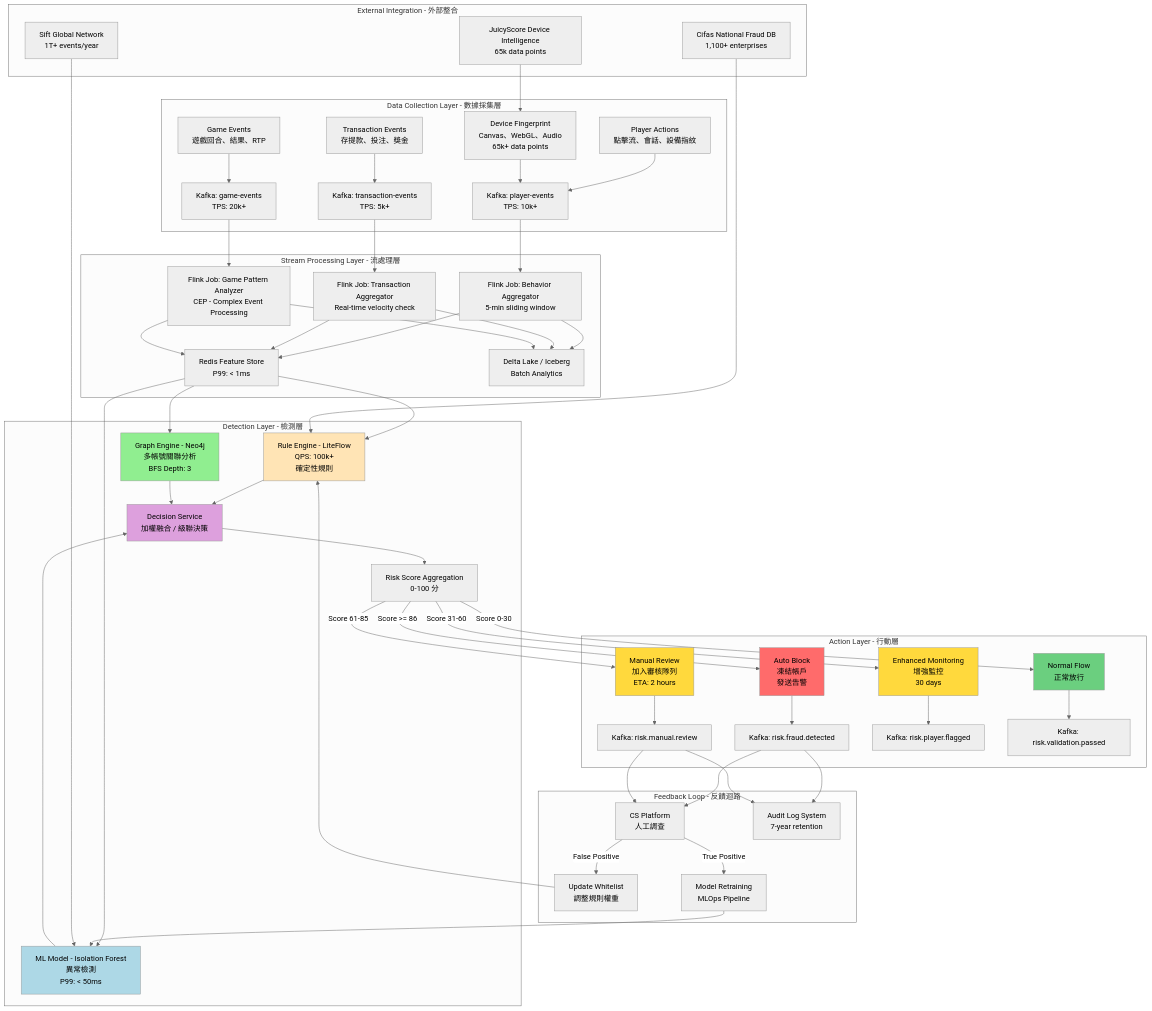
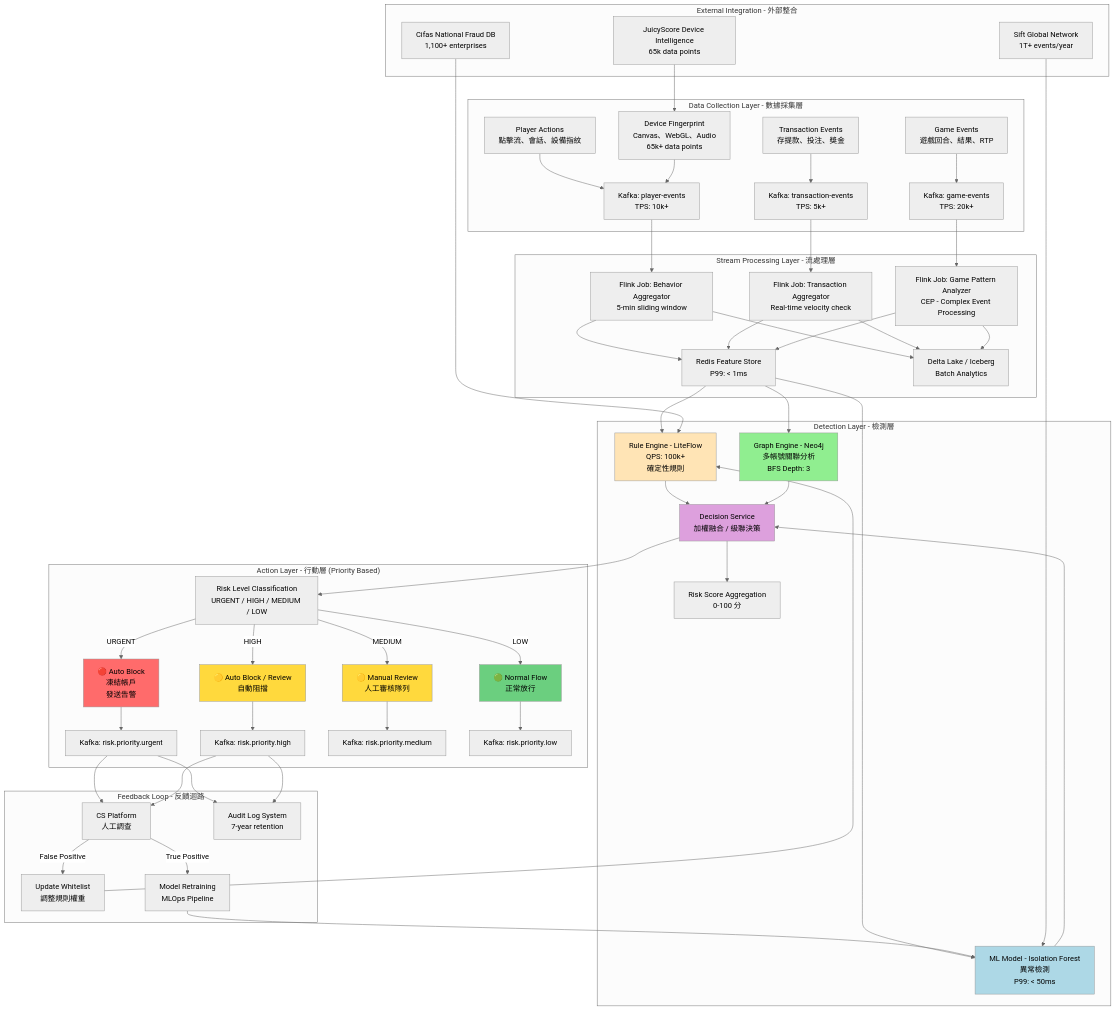
Before and after one commit to ron03wlb/smart-admin: the first of 6 diagrams in docs/iGaming/04_Risk_Control/04-01_Risk_Framework.md, drawn with Mermaid (neutral theme). The commit also changed other lines of this file and 12 other files, not shown here.

Commit message:
docs(iGaming): update risk control, architecture docs and add validation scripts

````diff
--- a/docs/iGaming/04_Risk_Control/04-01_Risk_Framework.md
+++ b/docs/iGaming/04_Risk_Control/04-01_Risk_Framework.md
@@ -34,76 +34,78 @@
 ```mermaid
 graph TB
     subgraph "Data Collection Layer - 數據採集層"
         A1["Player Actions<br/>點擊流、會話、設備指紋"] --> K1["Kafka: player-events<br/>TPS: 10k+"]
         A2["Transaction Events<br/>存提款、投注、獎金"] --> K2["Kafka: transaction-events<br/>TPS: 5k+"]
         A3["Game Events<br/>遊戲回合、結果、RTP"] --> K3["Kafka: game-events<br/>TPS: 20k+"]
         A4["Device Fingerprint<br/>Canvas、WebGL、Audio<br/>65k+ data points"] --> K1
     end
 
     subgraph "Stream Processing Layer - 流處理層"
         K1 --> F1["Flink Job: Behavior Aggregator<br/>5-min sliding window"]
         K2 --> F2["Flink Job: Transaction Aggregator<br/>Real-time velocity check"]
         K3 --> F3["Flink Job: Game Pattern Analyzer<br/>CEP - Complex Event Processing"]
 
         F1 --> R1["Redis Feature Store<br/>P99: < 1ms"]
         F2 --> R1
         F3 --> R1
 
         F1 --> DL["Delta Lake / Iceberg<br/>Batch Analytics"]
         F2 --> DL
         F3 --> DL
     end
 
     subgraph "Detection Layer - 檢測層"
         R1 --> E1["Rule Engine - LiteFlow<br/>QPS: 100k+<br/>確定性規則"]
         R1 --> E2["ML Model - Isolation Forest<br/>異常檢測<br/>P99: < 50ms"]
         R1 --> E3["Graph Engine - Neo4j<br/>多帳號關聯分析<br/>BFS Depth: 3"]
 
         E1 --> D["Decision Service<br/>加權融合 / 級聯決策"]
         E2 --> D
         E3 --> D
 
         D --> SCORE["Risk Score Aggregation<br/>0-100 分"]
     end
 
-    subgraph "Action Layer - 行動層"
-        SCORE -->|Score >= 86| AC1["Auto Block<br/>凍結帳戶<br/>發送告警"]
-        SCORE -->|Score 61-85| AC2["Manual Review<br/>加入審核隊列<br/>ETA: 2 hours"]
-        SCORE -->|Score 31-60| AC3["Enhanced Monitoring<br/>增強監控<br/>30 days"]
-        SCORE -->|Score 0-30| AC4["Normal Flow<br/>正常放行"]
+    subgraph "Action Layer - 行動層 (Priority Based)"
+        D --> PRIORITY["Risk Level Classification<br/>URGENT / HIGH / MEDIUM / LOW"]
+        
+        PRIORITY -->|URGENT| AC1["🔴 Auto Block<br/>凍結帳戶<br/>發送告警"]
+        PRIORITY -->|HIGH| AC2["🟡 Auto Block / Review<br/>自動阻擋"]
+        PRIORITY -->|MEDIUM| AC3["🟡 Manual Review<br/>人工審核隊列"]
+        PRIORITY -->|LOW| AC4["🟢 Normal Flow<br/>正常放行"]
 
-        AC1 --> MQ1[Kafka: risk.fraud.detected]
-        AC2 --> MQ2[Kafka: risk.manual.review]
-        AC3 --> MQ3[Kafka: risk.player.flagged]
-        AC4 --> MQ4[Kafka: risk.validation.passed]
+        AC1 --> MQ1[Kafka: risk.priority.urgent]
+        AC2 --> MQ2[Kafka: risk.priority.high]
+        AC3 --> MQ3[Kafka: risk.priority.medium]
+        AC4 --> MQ4[Kafka: risk.priority.low]
     end
 
     subgraph "Feedback Loop - 反饋迴路"
         MQ1 --> FB1["CS Platform<br/>人工調查"]
         MQ2 --> FB1
 
         FB1 -->|False Positive| FB2["Update Whitelist<br/>調整規則權重"]
         FB1 -->|True Positive| FB3["Model Retraining<br/>MLOps Pipeline"]
 
         FB2 --> E1
         FB3 --> E2
 
         MQ1 --> AUDIT["Audit Log System<br/>7-year retention"]
         MQ2 --> AUDIT
     end
 
     subgraph "External Integration - 外部整合"
         EXT1["Cifas National Fraud DB<br/>1,100+ enterprises"] --> E1
         EXT2["JuicyScore Device Intelligence<br/>65k data points"] --> A4
         EXT3["Sift Global Network<br/>1T+ events/year"] --> E2
     end
 
     style E1 fill:#FFE4B5
     style E2 fill:#ADD8E6
     style E3 fill:#90EE90
     style AC1 fill:#FF6B6B
     style AC2 fill:#FFD93D
     style AC3 fill:#FFD93D
     style AC4 fill:#6BCF7F
     style D fill:#DDA0DD
 ```
````
